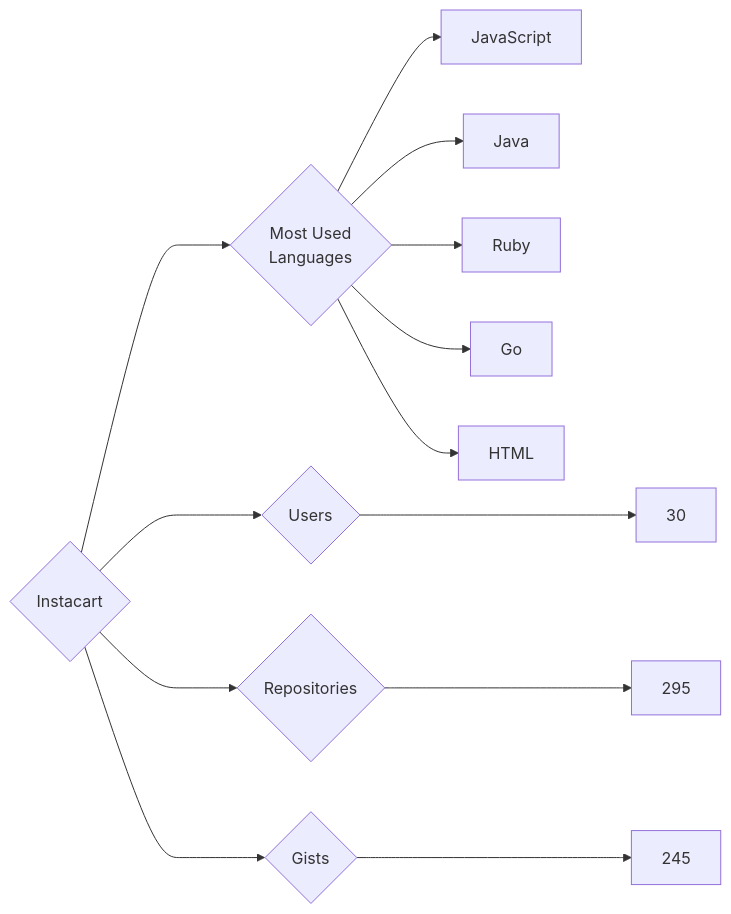
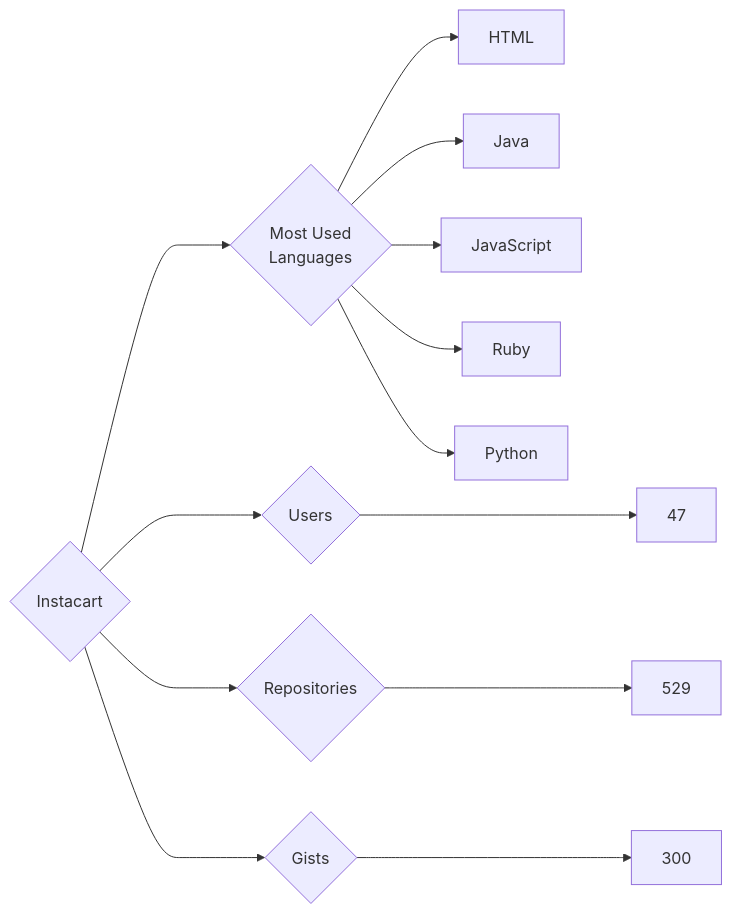
The diagram in targets/Instacart/README.md (trickest/insiders), drawn with Mermaid before and after one commit. The commit also changed 934 other files, not shown here.

````diff
--- a/targets/Instacart/README.md
+++ b/targets/Instacart/README.md
@@ -3,13 +3,13 @@
 ```mermaid
 graph LR
 COMPANY_NAME{Instacart}
-COMPANY_NAME ---> U{Users} ---> UN[30]
-COMPANY_NAME ---> R{Repositories} ---> RN[295]
-COMPANY_NAME ---> G{Gists} ---> GN[245]
+COMPANY_NAME ---> U{Users} ---> UN[47]
+COMPANY_NAME ---> R{Repositories} ---> RN[529]
+COMPANY_NAME ---> G{Gists} ---> GN[300]
 COMPANY_NAME ---> ML{Most Used<br>Languages}
+ML --> HTML[HTML]
+ML --> Java[Java]
 ML --> JavaScript[JavaScript]
-ML --> Java[Java]
 ML --> Ruby[Ruby]
-ML --> Go[Go]
-ML --> HTML[HTML]
+ML --> Python[Python]
 ```
````
